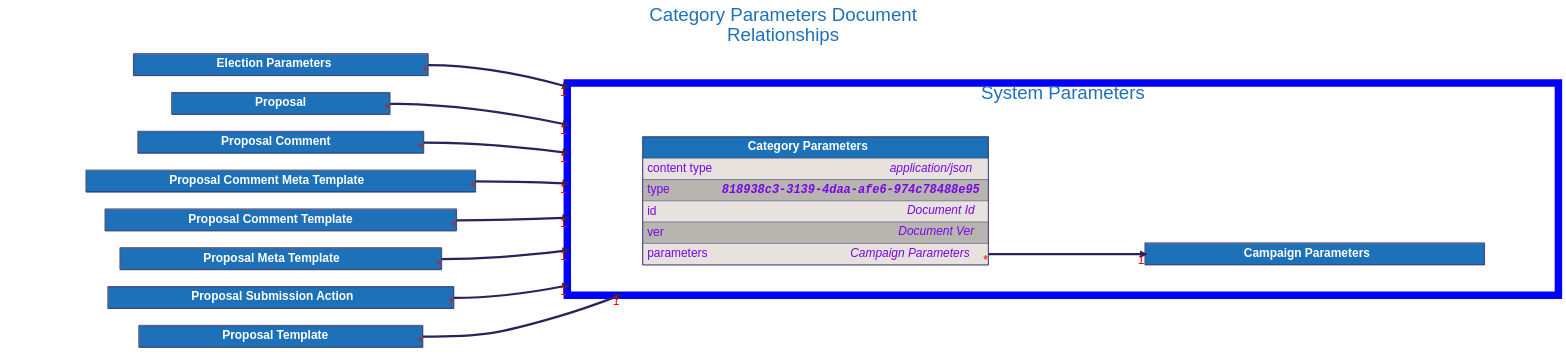
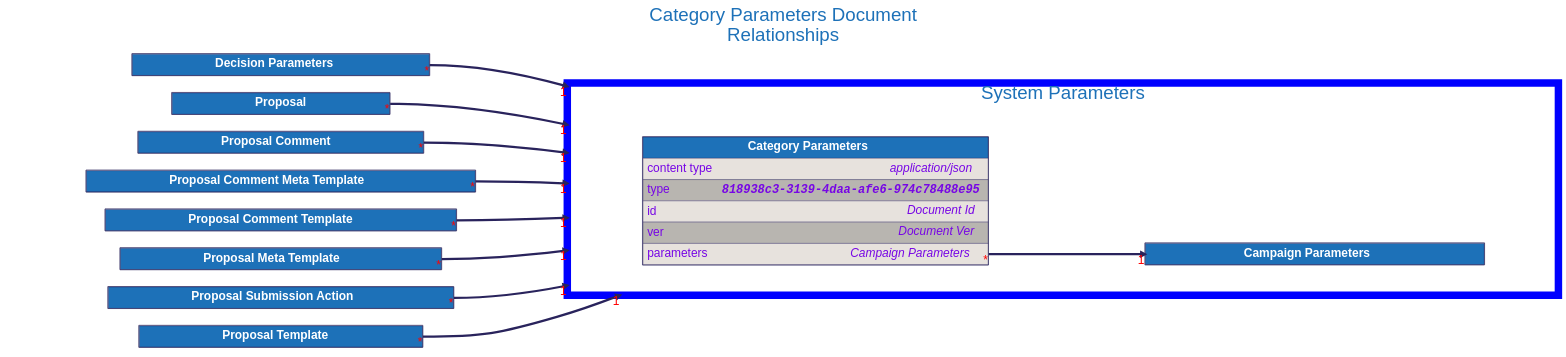
The diagram in docs/src/architecture/08_concepts/signed_doc/diagrams/category_parameters.dot (input-output-hk/catalyst-libs), drawn with Graphviz before and after one commit. The commit also changed 10 other files, not shown here.

Commit message:
fix(docs): Rename Election Parameters to Decision parameters

```diff
--- a/docs/src/architecture/08_concepts/signed_doc/diagrams/category_parameters.dot
+++ b/docs/src/architecture/08_concepts/signed_doc/diagrams/category_parameters.dot
@@ -99,13 +99,13 @@
 
     }
 
-    "Election Parameters" [
-        id="Election Parameters";
+    "Decision Parameters" [
+        id="Decision Parameters";
         label=<
             <TABLE BORDER="2" COLOR="#29235c" CELLBORDER="1" CELLSPACING="0" CELLPADDING="10">
             <TR>
-                <TD PORT="title" BGCOLOR="#1d71b8" HREF="../election_parameters/">
-                    <FONT COLOR="#ffffff"><B> Election Parameters </B></FONT>
+                <TD PORT="title" BGCOLOR="#1d71b8" HREF="../decision_parameters/">
+                    <FONT COLOR="#ffffff"><B> Decision Parameters </B></FONT>
                 </TD>
             </TR>
 
@@ -220,7 +220,7 @@
 
 
     "Category Parameters":"parameters":e -> "Campaign Parameters":"title":w [dir=forward, penwidth=6, color="#29235c", headlabel="1", taillabel="*"]
-    "Election Parameters":"title":e -> "Category Parameters" [dir=forward, penwidth=6, color="#29235c", headlabel="1", taillabel="*", lhead="cluster_system_parameters"]
+    "Decision Parameters":"title":e -> "Category Parameters" [dir=forward, penwidth=6, color="#29235c", headlabel="1", taillabel="*", lhead="cluster_system_parameters"]
     "Proposal":"title":e -> "Category Parameters" [dir=forward, penwidth=6, color="#29235c", headlabel="1", taillabel="*", lhead="cluster_system_parameters"]
     "Proposal Comment":"title":e -> "Category Parameters" [dir=forward, penwidth=6, color="#29235c", headlabel="1", taillabel="*", lhead="cluster_system_parameters"]
     "Proposal Comment Meta Template":"title":e -> "Category Parameters" [dir=forward, penwidth=6, color="#29235c", headlabel="1", taillabel="*", lhead="cluster_system_parameters"]
```
